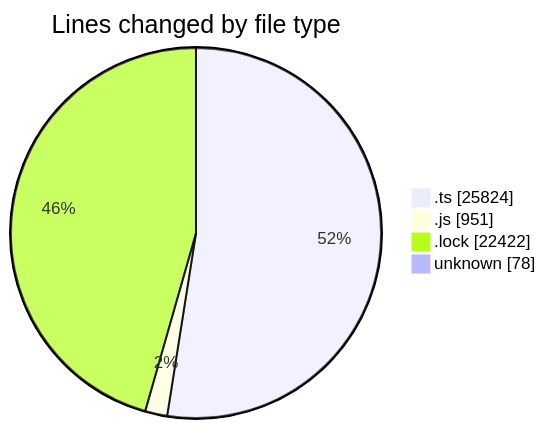
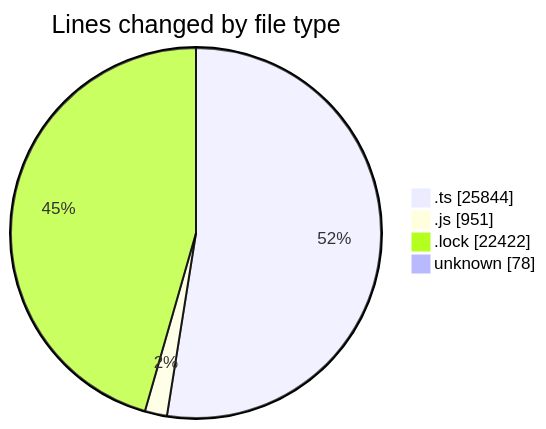
One commit to momahboobian/code-tracking changed the first of 2 diagrams in 2025-05-20/cda/README.md. Above: the diagram before and after it, drawn with Mermaid. The commit also changed other lines of this file and 1 other file, not shown here.

````diff
--- a/2025-05-20/cda/README.md
+++ b/2025-05-20/cda/README.md
@@ -38,8 +38,8 @@
 ```mermaid
 pie showData
 title Lines changed by file type
-".ts" : 25824
+".ts" : 25844
 ".js" : 951
 ".lock" : 22422
 "unknown" : 78
 ```
````
